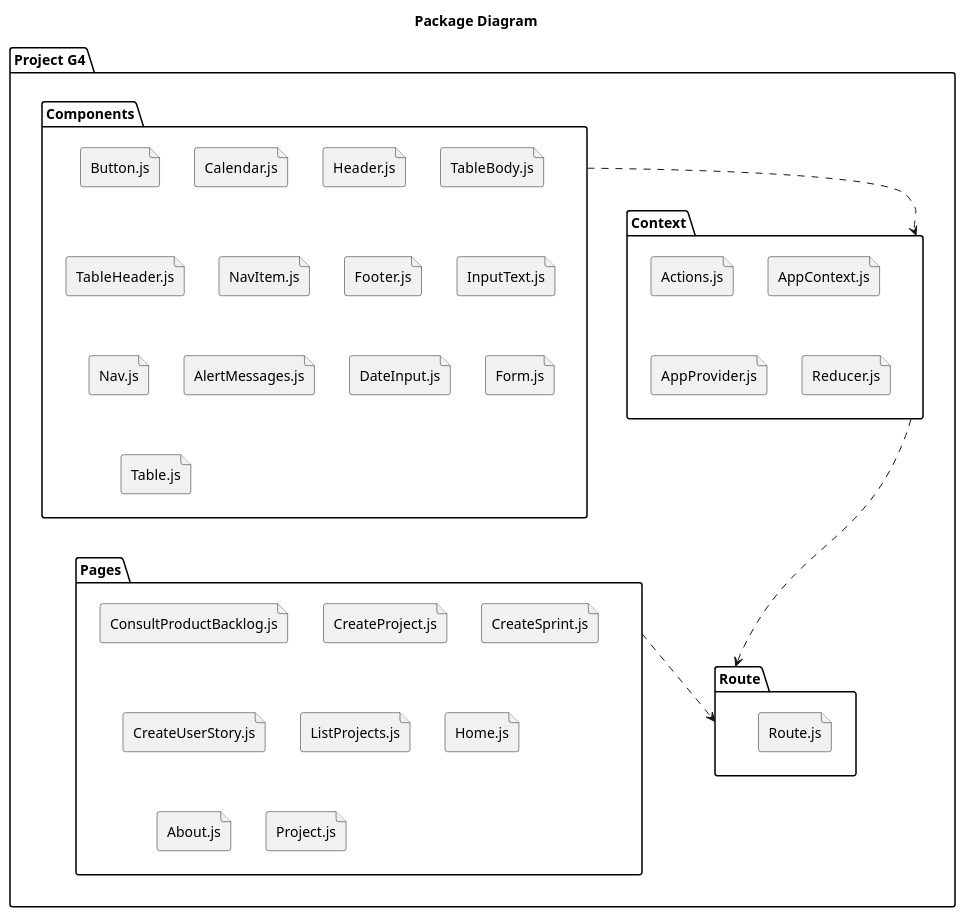
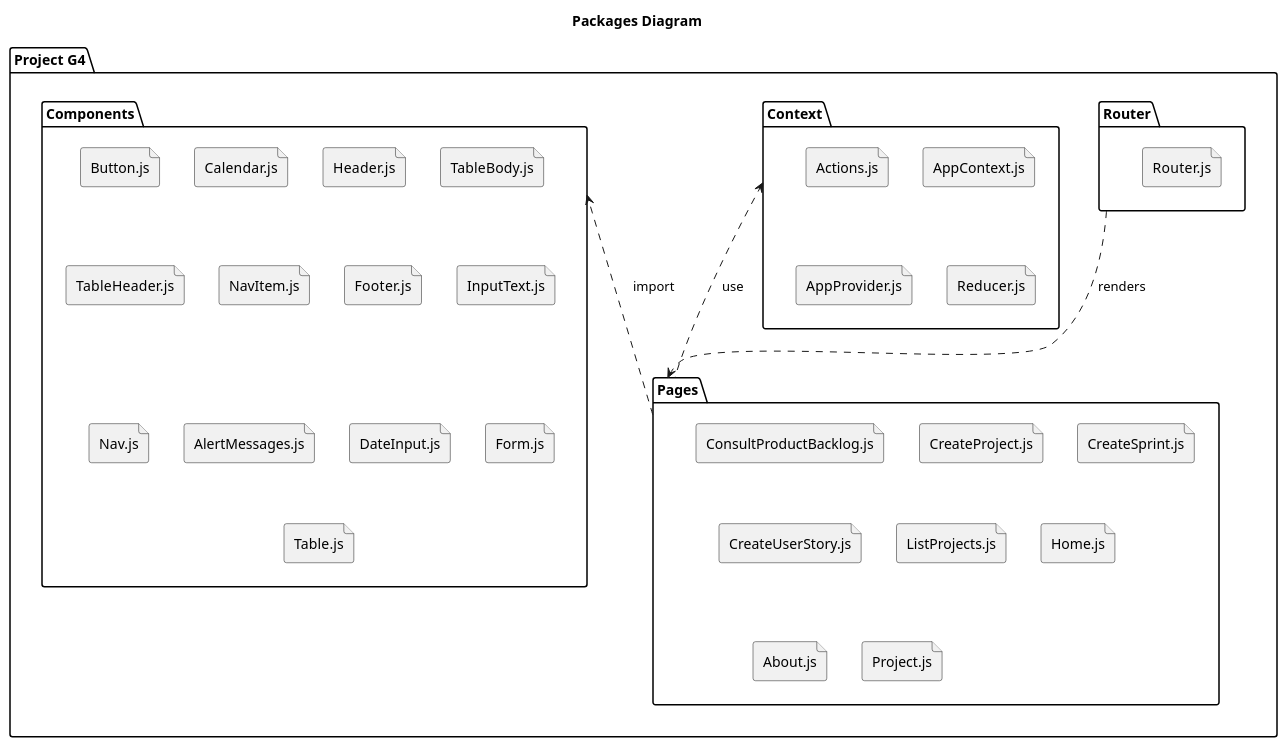
One commit to Loracline/project_switch_22-23 changed the diagram in ui/packagesDiagram.puml. Above: the diagram before and after it, drawn with PlantUML.

Commit message:
UI: Design: Changed arrow direction and added verbs to relationships in Packages Diagram, addresses #406

```diff
--- a/ui/packagesDiagram.puml
+++ b/ui/packagesDiagram.puml
@@ -1,47 +1,50 @@
 @startuml
-title Package Diagram
+title Packages Diagram
 package "Project G4" {
     package Components {
         file Button.js
         file Calendar.js
         file Header.js
         file TableBody.js
         file TableHeader.js
         file NavItem.js
         file Footer.js
         file InputText.js
         file Nav.js
         file AlertMessages.js
         file DateInput.js
         file Form.js
         file Header.js
         file Table.js
     }
 
     package Context {
         file Actions.js
         file AppContext.js
         file AppProvider.js
         file Reducer.js
     }
 
     package Pages {
         file ConsultProductBacklog.js
         file CreateProject.js
         file CreateSprint.js
         file CreateUserStory.js
         file ListProjects.js
         file Home.js
         file About.js
         file Project.js
     }
 
-    package Route {
-        file Route.js
+    package Router {
+        file Router.js
     }
 
-    Components ..> Context
-    Context ..> Route
-    Pages ..> Route
+    Context  <... Pages: use
+    Pages ..> Components: import
+    Router ...> Pages: renders
+
+
+
 }
 @enduml
```
